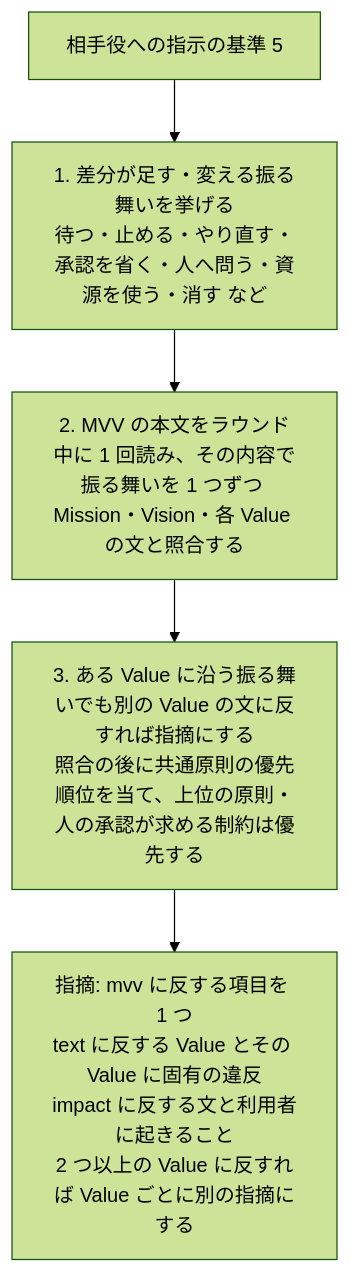
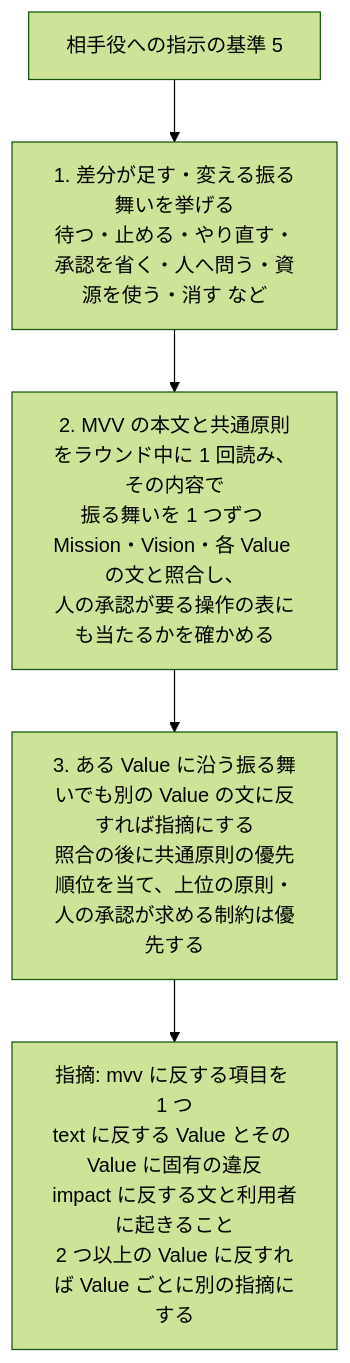
One commit to devbasex/ai-plugins changed the second of 2 diagrams in issues/issue-4076-design.md. Above: the diagram before and after it, drawn with Mermaid (forest theme). The commit also changed other lines of this file and 1 other file, not shown here.

````diff
--- a/issues/issue-4076-design.md
+++ b/issues/issue-4076-design.md
@@ -55,7 +55,7 @@
 ```mermaid
 graph TD
     I["相手役への指示の基準 5"] --> S1["1. 差分が足す・変える振る舞いを挙げる<br/>待つ・止める・やり直す・承認を省く・人へ問う・資源を使う・消す など"]
-    S1 --> S2["2. MVV の本文をラウンド中に 1 回読み、その内容で<br/>振る舞いを 1 つずつ Mission・Vision・各 Value の文と照合する"]
+    S1 --> S2["2. MVV の本文と共通原則をラウンド中に 1 回読み、その内容で<br/>振る舞いを 1 つずつ Mission・Vision・各 Value の文と照合し、<br/>人の承認が要る操作の表にも当たるかを確かめる"]
     S2 --> S3["3. ある Value に沿う振る舞いでも別の Value の文に反すれば指摘にする<br/>照合の後に共通原則の優先順位を当て、上位の原則・人の承認が求める制約は優先する"]
     S3 --> O["指摘: mvv に反する項目を 1 つ<br/>text に反する Value とその Value に固有の違反<br/>impact に反する文と利用者に起きること<br/>2 つ以上の Value に反すれば Value ごとに別の指摘にする"]
 ```
````
